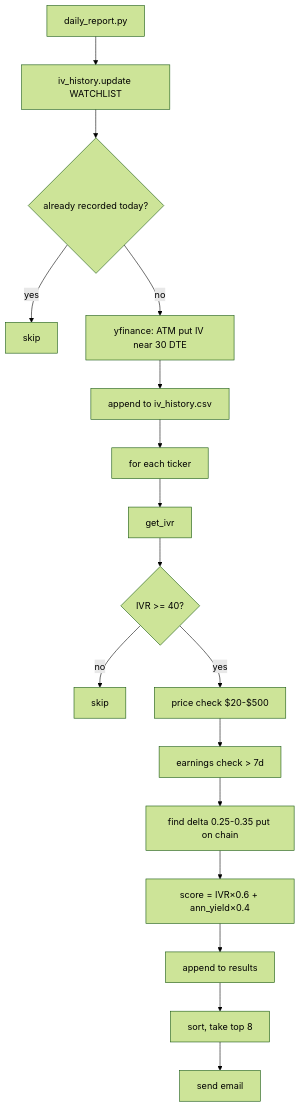
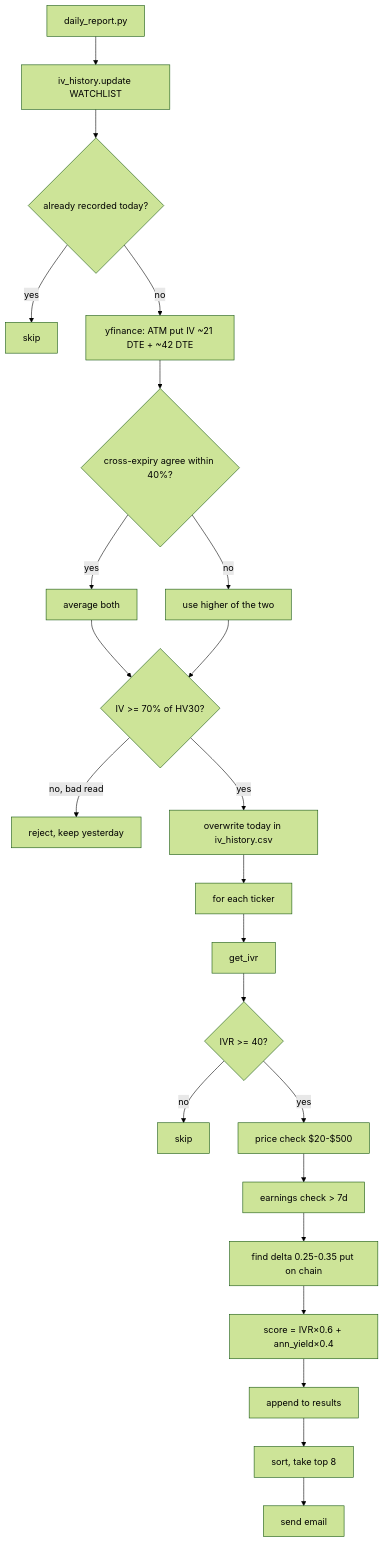
The second of 3 diagrams in docs/05_technical_design.md (cpatchava/options-trader), drawn with Mermaid (forest theme) before and after one commit. The commit also changed other lines of this file and 4 other files, not shown here.

````diff
--- a/docs/05_technical_design.md
+++ b/docs/05_technical_design.md
@@ -34,21 +45,26 @@
 ```mermaid
 flowchart TD
     A[daily_report.py] --> B[iv_history.update WATCHLIST]
     B --> C{already recorded today?}
     C -->|yes| D[skip]
-    C -->|no| E[yfinance: ATM put IV near 30 DTE]
-    E --> F[append to iv_history.csv]
+    C -->|no| E[yfinance: ATM put IV ~21 DTE + ~42 DTE]
+    E --> F{cross-expiry agree within 40%?}
+    F -->|yes| G[average both]
+    F -->|no| H[use higher of the two]
+    G & H --> I{IV >= 70% of HV30?}
+    I -->|no, bad read| J[reject, keep yesterday]
+    I -->|yes| K[overwrite today in iv_history.csv]
 
-    F --> G[for each ticker]
-    G --> H[get_ivr]
-    H --> I{IVR >= 40?}
-    I -->|no| J[skip]
-    I -->|yes| K[price check $20-$500]
-    K --> L[earnings check > 7d]
-    L --> M[find delta 0.25-0.35 put on chain]
-    M --> N[score = IVR×0.6 + ann_yield×0.4]
-    N --> O[append to results]
+    K --> L[for each ticker]
+    L --> M[get_ivr]
+    M --> N{IVR >= 40?}
+    N -->|no| O[skip]
+    N -->|yes| P[price check $20-$500]
+    P --> Q[earnings check > 7d]
+    Q --> R[find delta 0.25-0.35 put on chain]
+    R --> S[score = IVR×0.6 + ann_yield×0.4]
+    S --> T[append to results]
 
-    O --> P[sort, take top 8]
-    P --> Q[send email]
+    T --> U[sort, take top 8]
+    U --> V[send email]
 ```
````
